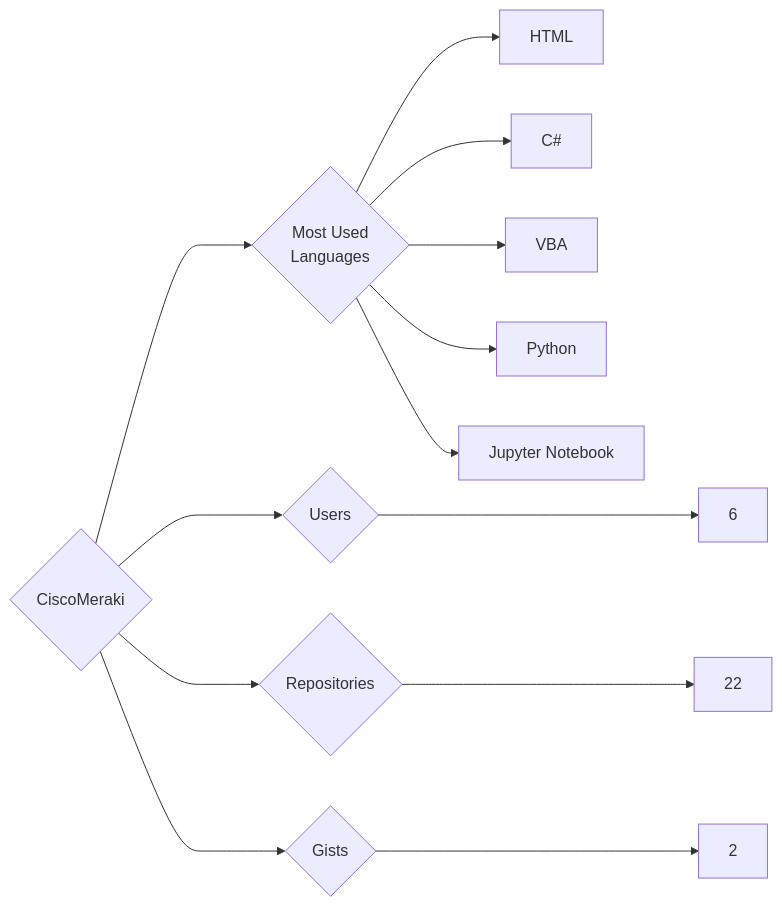
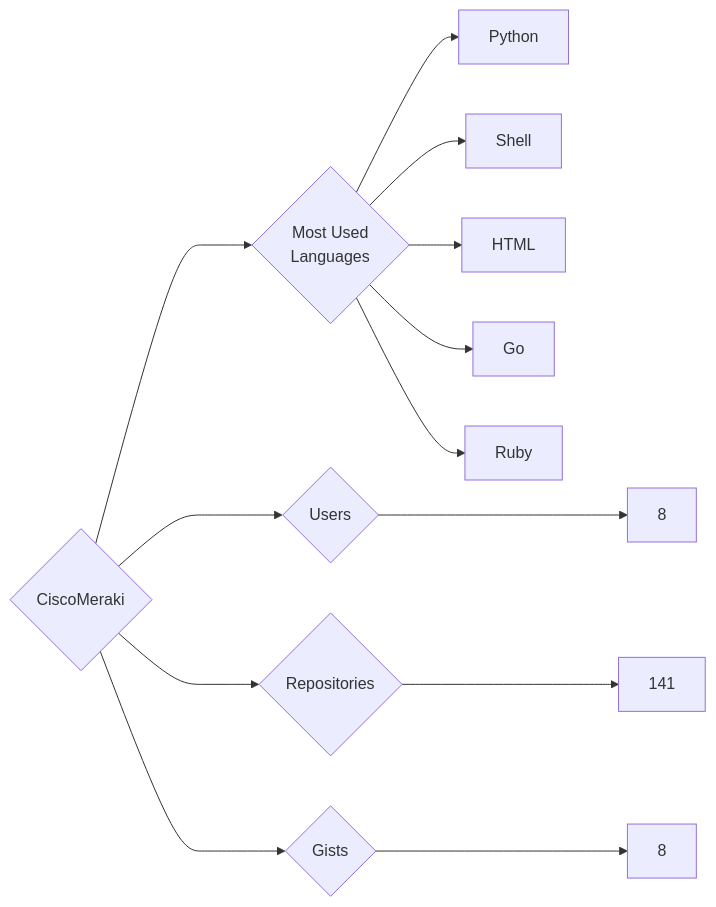
One commit to trickest/insiders changed the diagram in targets/CiscoMeraki/README.md. Above: the diagram before and after it, drawn with Mermaid. The commit also changed 1120 other files, not shown here.

````diff
--- a/targets/CiscoMeraki/README.md
+++ b/targets/CiscoMeraki/README.md
@@ -3,13 +3,13 @@
 ```mermaid
 graph LR
 COMPANY_NAME{CiscoMeraki}
-COMPANY_NAME ---> U{Users} ---> UN[6]
-COMPANY_NAME ---> R{Repositories} ---> RN[22]
-COMPANY_NAME ---> G{Gists} ---> GN[2]
+COMPANY_NAME ---> U{Users} ---> UN[8]
+COMPANY_NAME ---> R{Repositories} ---> RN[141]
+COMPANY_NAME ---> G{Gists} ---> GN[8]
 COMPANY_NAME ---> ML{Most Used<br>Languages}
+ML --> Python[Python]
+ML --> Shell[Shell]
 ML --> HTML[HTML]
-ML --> C#[C#]
-ML --> VBA[VBA]
-ML --> Python[Python]
-ML --> Jupyter_Notebook[Jupyter Notebook]
+ML --> Go[Go]
+ML --> Ruby[Ruby]
 ```
````
